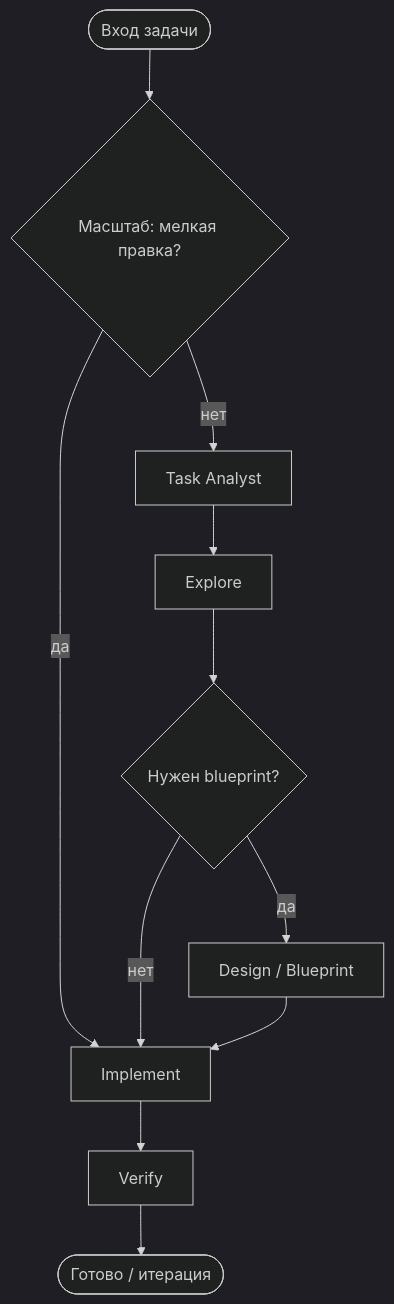
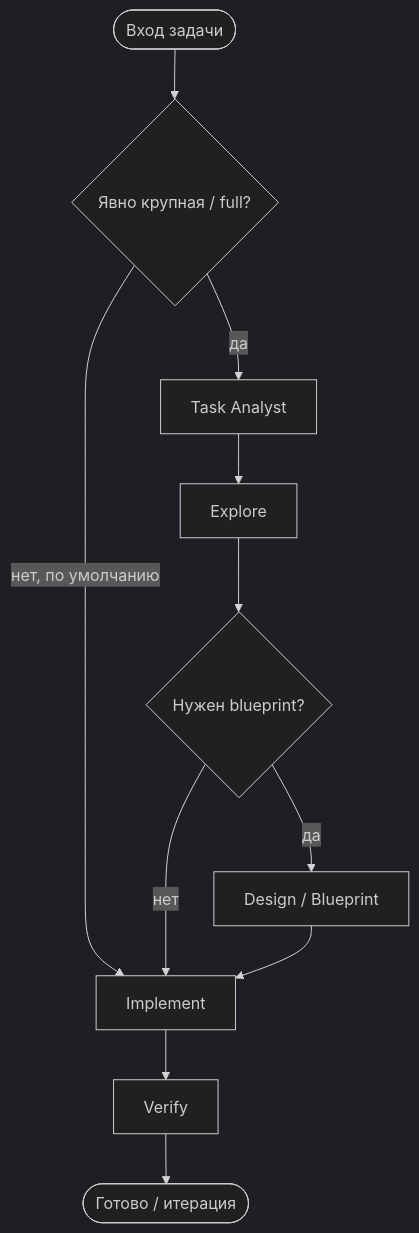
One commit to Mempemp/Pauk_1C changed the diagram in docs/SUBAGENTS.md. Above: the diagram before and after it, drawn with Mermaid (dark theme). The commit also changed other lines of this file and 6 other files, not shown here.

````diff
--- a/docs/SUBAGENTS.md
+++ b/docs/SUBAGENTS.md
@@ -11,13 +11,13 @@
 ```mermaid
 flowchart TD
-  Start([Вход задачи]) --> Gate{Масштаб: мелкая правка?}
-  Gate -->|да| Impl[Implement]
-  Gate -->|нет| TA[Task Analyst]
+  Start([Вход задачи]) --> Gate{Явно крупная / full?}
+  Gate -->|нет, по умолчанию| Impl[Implement]
+  Gate -->|да| TA[Task Analyst]
   TA --> Ex[Explore]
   Ex --> GateD{Нужен blueprint?}
   GateD -->|да| Des[Design / Blueprint]
   GateD -->|нет| Impl
   Des --> Impl
   Impl --> Ver[Verify]
   Ver --> End([Готово / итерация])
 ```
````
